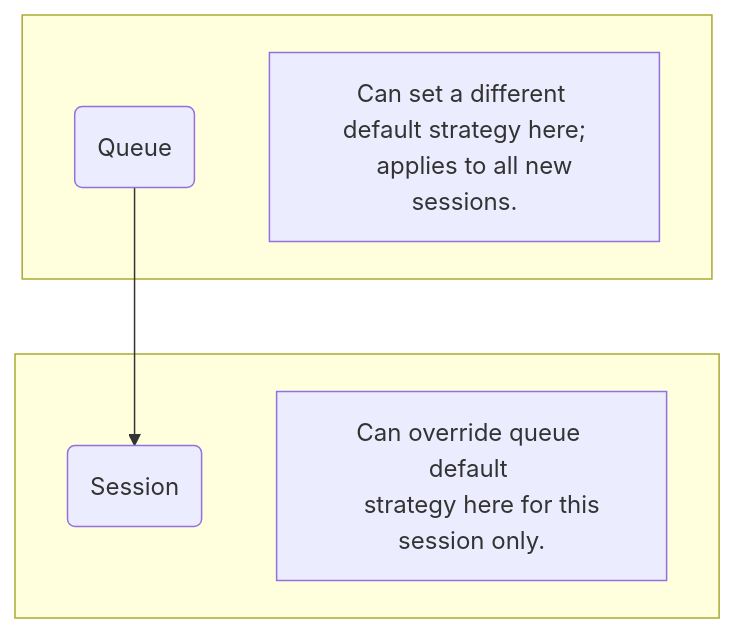
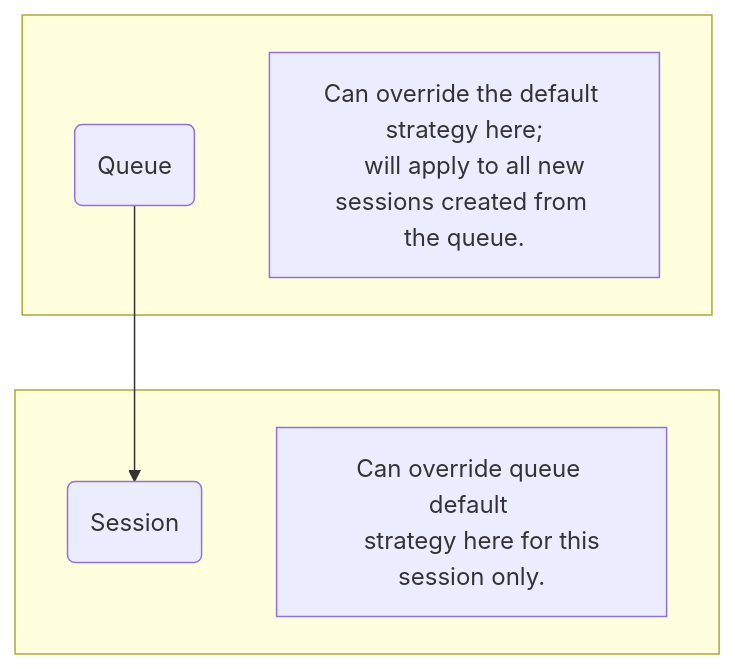
Before and after one commit to pracsol/ModernDiskQueue: the diagram in README.md, drawn with Mermaid. The commit also changed other lines of this file, not shown here.

````diff
--- a/README.md
+++ b/README.md
@@ -229,14 +233,14 @@
 ```mermaid
 graph TD
 A(Queue) --> B(Session);
 subgraph subA [" "]
     A
-    noteA[Can set a different default strategy here;
-    applies to all new sessions.]
+    noteA[Can override the default strategy here;
+    will apply to all new sessions created from the queue.]
 end
 subgraph subB [" "]
     B
     noteB[Can override queue default 
     strategy here for this session only.]
 end
 ```
````
